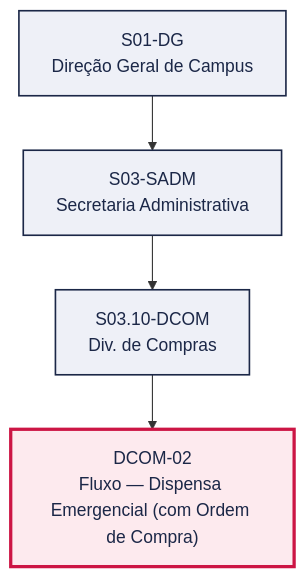
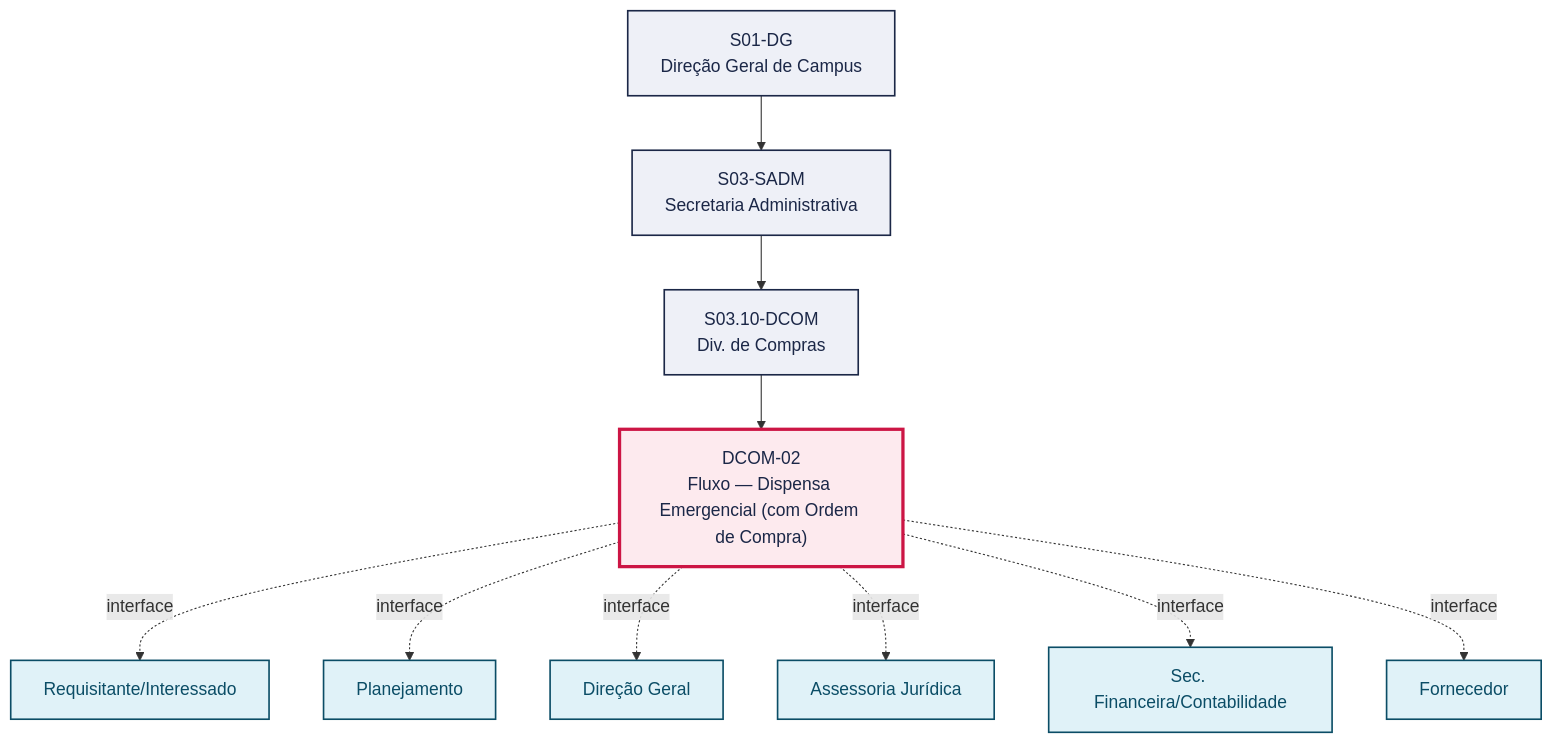
The first of 2 diagrams in pops/DCOM/DCOM-02.md (jessefers/canvas-vivo-atdg), drawn with Mermaid before and after one commit. The commit also changed other lines of this file and 6 other files, not shown here.

````diff
--- a/pops/DCOM/DCOM-02.md
+++ b/pops/DCOM/DCOM-02.md
@@ -49,15 +56,28 @@
 ```mermaid
 graph TD
   S01_DG["S01-DG<br/>Direção Geral de Campus"]
   S03_SADM["S03-SADM<br/>Secretaria Administrativa"]
   S01_DG --> S03_SADM
   S03_10_DCOM["S03.10-DCOM<br/>Div. de Compras"]
   S03_SADM --> S03_10_DCOM
   P["DCOM-02<br/>Fluxo — Dispensa Emergencial (com Ordem de Compra)"]
   S03_10_DCOM --> P
+  V1["Requisitante/Interessado"]
+  P -. interface .-> V1
+  V2["Planejamento"]
+  P -. interface .-> V2
+  V3["Direção Geral"]
+  P -. interface .-> V3
+  V4["Assessoria Jurídica"]
+  P -. interface .-> V4
+  V5["Sec. Financeira/Contabilidade"]
+  P -. interface .-> V5
+  V6["Fornecedor"]
+  P -. interface .-> V6
   classDef setor fill:#EEF0F7,stroke:#1B2747,stroke-width:1.5px,color:#1B2747
   classDef destaque fill:#FDEAEE,stroke:#CC1544,stroke-width:3px,color:#1B2747
   classDef vizinho fill:#E0F2F8,stroke:#0B4D66,stroke-width:1.5px,color:#0B4D66
   class S01_DG,S03_SADM,S03_10_DCOM setor
   class P destaque
+  class V1,V2,V3,V4,V5,V6 vizinho
 ```
````
